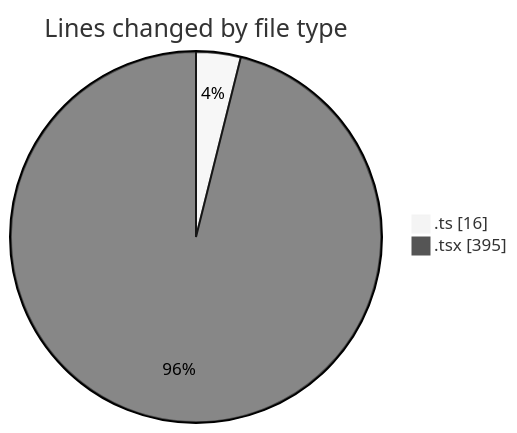
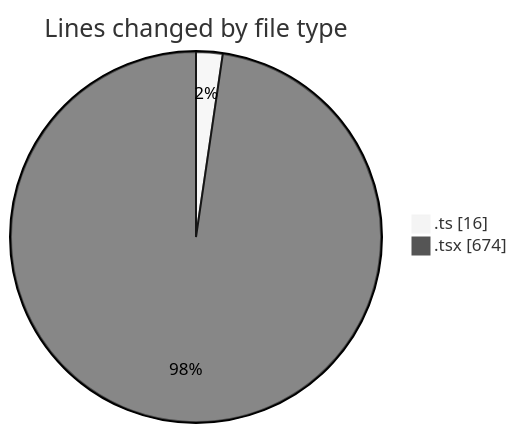
Before and after one commit to nxtqubesakshisongat/code-tracking: the first of 2 diagrams in 2026-04-15/airfeed-analytics-dashboard/README.md, drawn with Mermaid (neutral theme). The commit also changed other lines of this file and 1 other file, not shown here.

````diff
--- a/2026-04-15/airfeed-analytics-dashboard/README.md
+++ b/2026-04-15/airfeed-analytics-dashboard/README.md
@@ -25,6 +27,6 @@
 ```mermaid
 pie showData
 title Lines changed by file type
 ".ts" : 16
-".tsx" : 395
+".tsx" : 674
 ```
````
